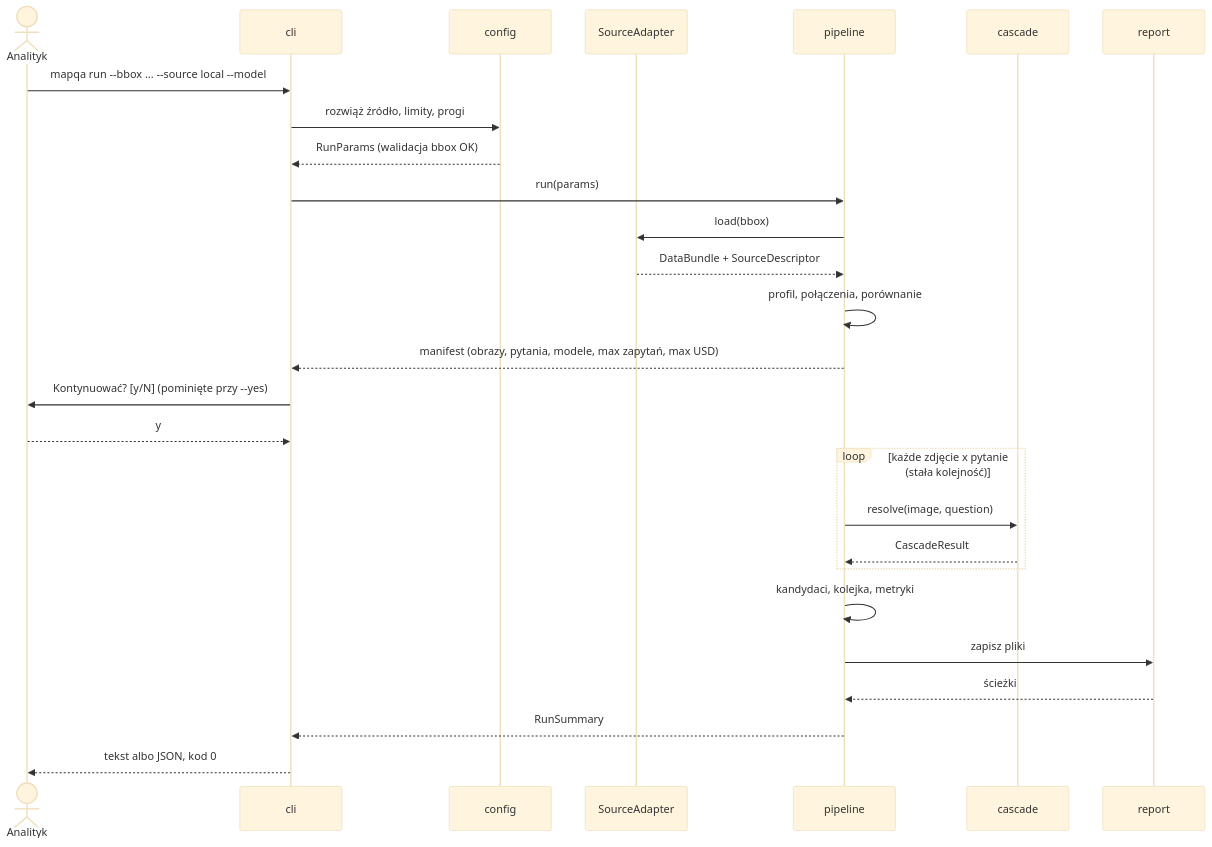
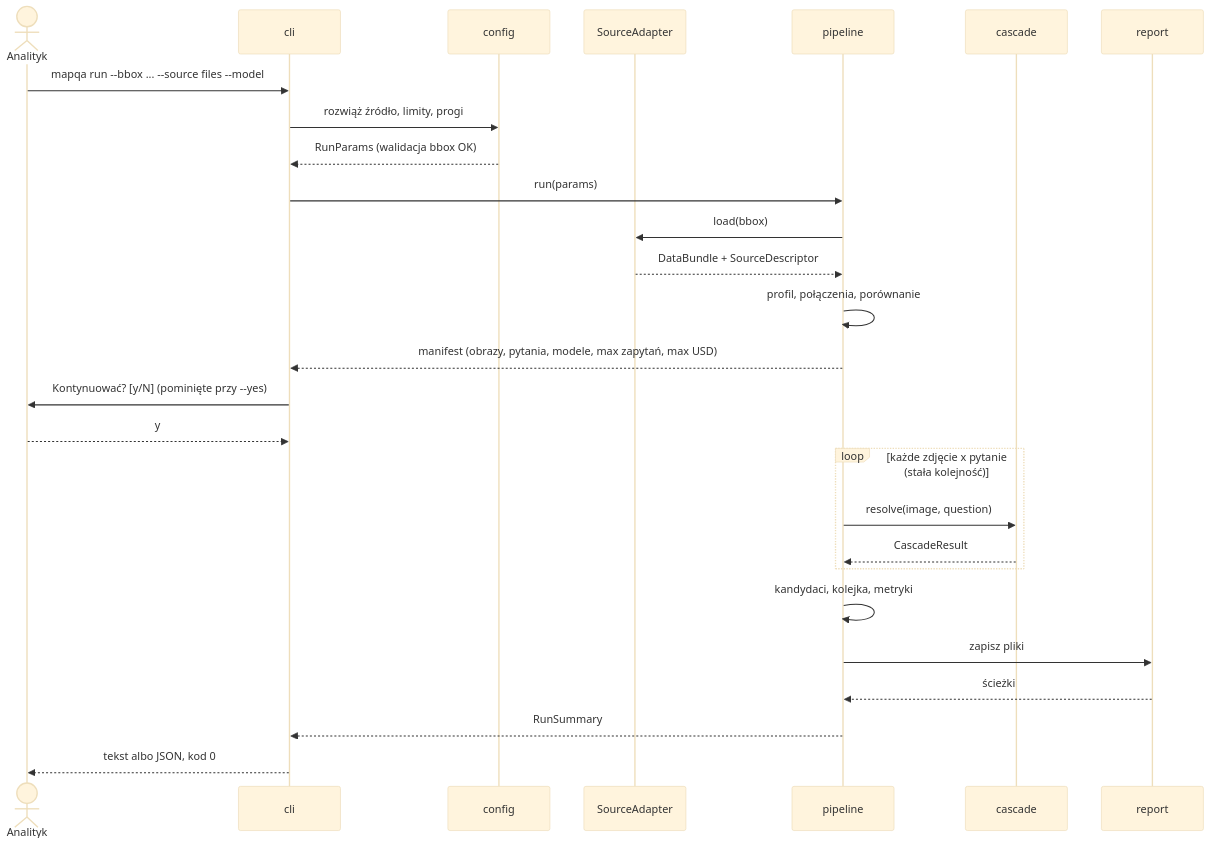
Before and after one commit to kamil02112026/jsystems-claude-codex-gis-2026-11_KL: the third of 5 diagrams in docs/ADR/000-main-architecture.md, drawn with Mermaid (base theme). The commit also changed other lines of this file and 11 other files, not shown here.

````diff
--- a/docs/ADR/000-main-architecture.md
+++ b/docs/ADR/000-main-architecture.md
@@ -477,29 +477,29 @@
 ```mermaid
 sequenceDiagram
   actor U as Analityk
   participant CLI as cli
   participant CFG as config
   participant SRC as SourceAdapter
   participant P as pipeline
   participant CAS as cascade
   participant REP as report
-  U->>CLI: mapqa run --bbox ... --source local --model
+  U->>CLI: mapqa run --bbox ... --source files --model
   CLI->>CFG: rozwiąż źródło, limity, progi
   CFG-->>CLI: RunParams (walidacja bbox OK)
   CLI->>P: run(params)
   P->>SRC: load(bbox)
   SRC-->>P: DataBundle + SourceDescriptor
   P->>P: profil, połączenia, porównanie
   P-->>CLI: manifest (obrazy, pytania, modele, max zapytań, max USD)
   CLI->>U: Kontynuować? [y/N] (pominięte przy --yes)
   U-->>CLI: y
   loop każde zdjęcie x pytanie (stała kolejność)
     P->>CAS: resolve(image, question)
     CAS-->>P: CascadeResult
   end
   P->>P: kandydaci, kolejka, metryki
   P->>REP: zapisz pliki
   REP-->>P: ścieżki
   P-->>CLI: RunSummary
   CLI-->>U: tekst albo JSON, kod 0
 ```
````
